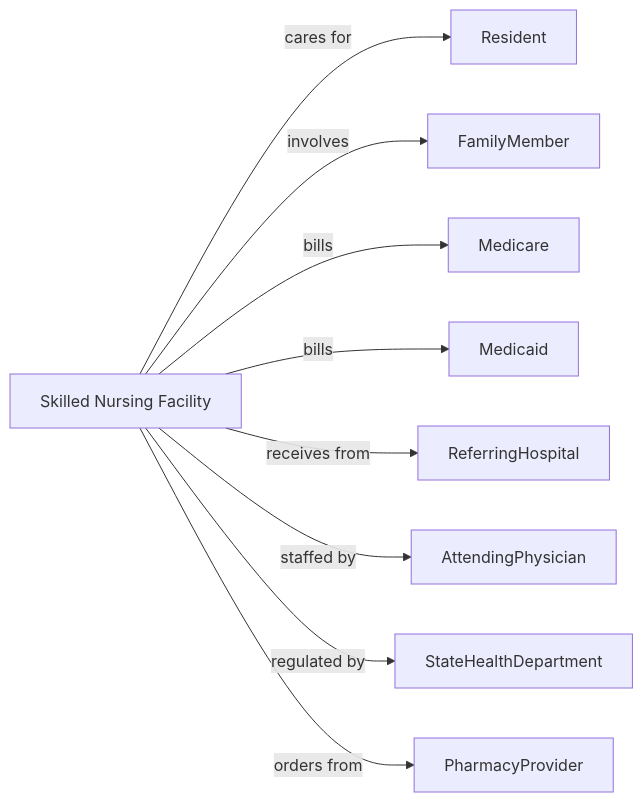
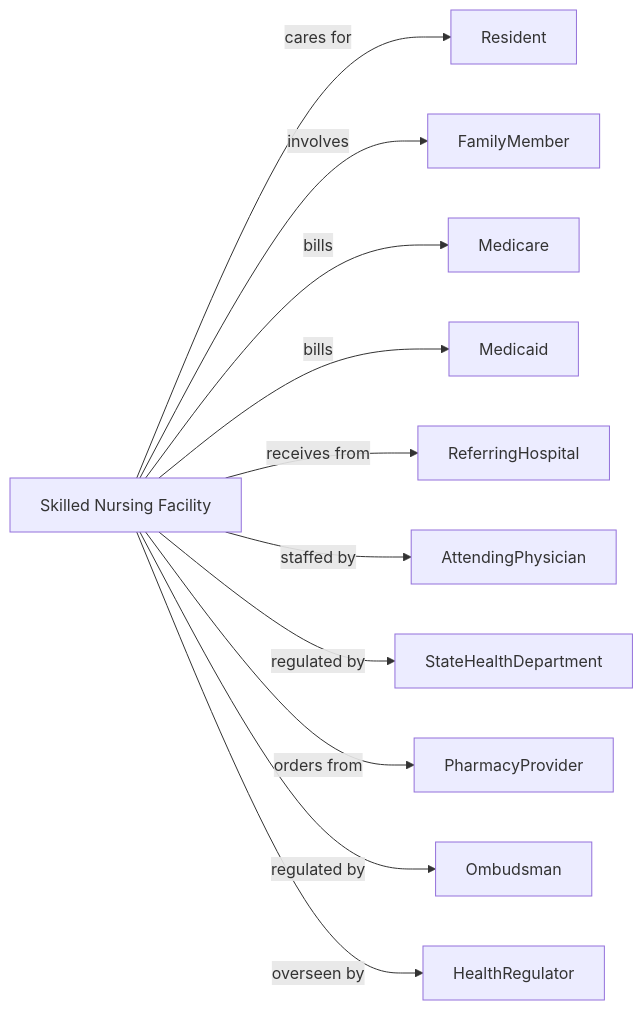
Before and after one commit to dot-org-ai/industries.org.ai: the second of 2 diagrams in HealthCare/NursingAndResidentialCareFacilities/NursingCareFacilitiesSkilledNursingFacilities/NursingCareFacilitiesSkilledNursingFacilities.mdx, drawn with Mermaid. The commit also changed 588 other files, not shown here.

````diff
--- a/HealthCare/NursingAndResidentialCareFacilities/NursingCareFacilitiesSkilledNursingFacilities/NursingCareFacilitiesSkilledNursingFacilities.mdx
+++ b/HealthCare/NursingAndResidentialCareFacilities/NursingCareFacilitiesSkilledNursingFacilities/NursingCareFacilitiesSkilledNursingFacilities.mdx
@@ -145,13 +145,15 @@
 ```mermaid
 graph LR
     S[Skilled Nursing Facility]
 
     S -->|cares for| Resident
     S -->|involves| FamilyMember
     S -->|bills| Medicare
     S -->|bills| Medicaid
     S -->|receives from| ReferringHospital
     S -->|staffed by| AttendingPhysician
     S -->|regulated by| StateHealthDepartment
     S -->|orders from| PharmacyProvider
+    S -->|regulated by| Ombudsman
+    S -->|overseen by| HealthRegulator
 ```
````
